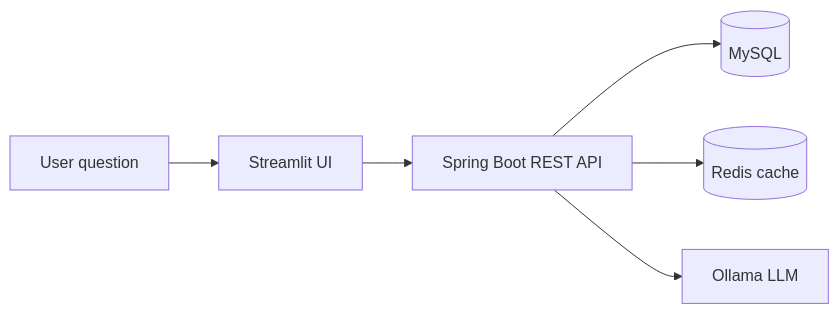
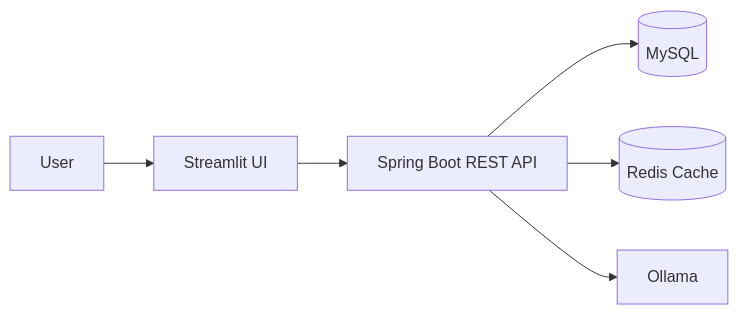
Before and after one commit to bikashcode-dev/bikashcode-dev: the first of 2 diagrams in README.md, drawn with Mermaid. The commit also changed other lines of this file, not shown here.

````diff
--- a/README.md
+++ b/README.md
@@ -109,8 +190,8 @@
 ```mermaid
 flowchart LR
-    U[User question] --> S[Streamlit UI]
-    S --> A[Spring Boot REST API]
-    A --> D[(MySQL)]
-    A --> R[(Redis cache)]
-    A --> O[Ollama LLM]
+    U[User] --> UI[Streamlit UI]
+    UI --> API[Spring Boot REST API]
+    API --> DB[(MySQL)]
+    API --> C[(Redis Cache)]
+    API --> AI[Ollama]
 ```
````
